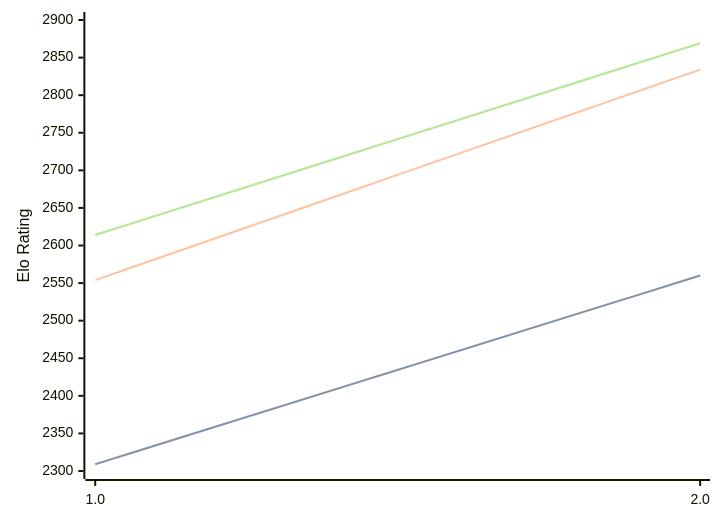
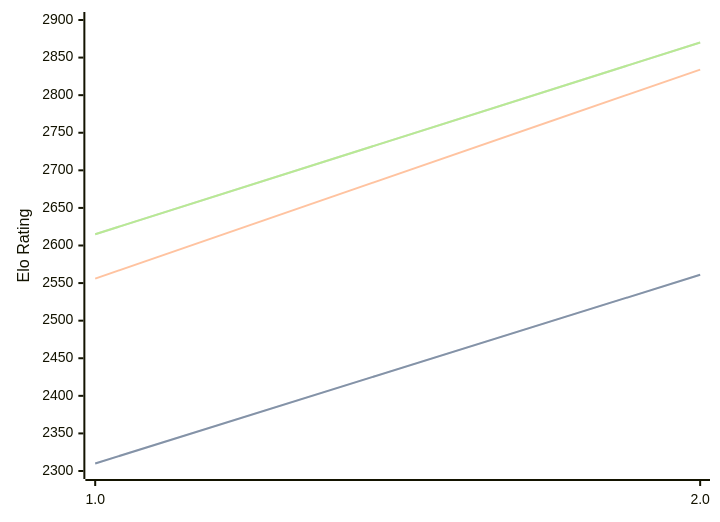
Before and after one commit to computer-chess-index/cci: the diagram in engines/Revolver.md, drawn with Mermaid. The commit also changed other lines of this file, not shown here.

Commit message:
Update CCI Ratings (ELO VLTC) - 2026-05-16

````diff
--- a/engines/Revolver.md
+++ b/engines/Revolver.md
@@ -32,11 +32,11 @@
 ```mermaid
 %%{init: {"theme":"base","themeVariables":{"seriesColors:['#a3a3a3','#222221','#faa371']}}}%%
 xychart-beta
   x-axis ["1.0", "2.0"]
   y-axis "Elo Rating" 2300 --> 2900
-  line "STC (8.0+0.08s)" [2309, 2560]
-  line "STC (8.0+0.08s)" [2309, 2560]
-  line "LTC (60.0+0.60s)" [2554, 2834]
-  line "VLTC (2m24s+1.12s)" [2614, 2869]
-  line "VLTC (2m24s+1.12s)" [2614, 2869]
+  line "STC (8.0+0.08s)" [2310, 2561]
+  line "STC (8.0+0.08s)" [2310, 2561]
+  line "LTC (60.0+0.60s)" [2556, 2834]
+  line "VLTC (2m24s+1.12s)" [2615, 2870]
+  line "VLTC (2m24s+1.12s)" [2615, 2870]
 ```
````
